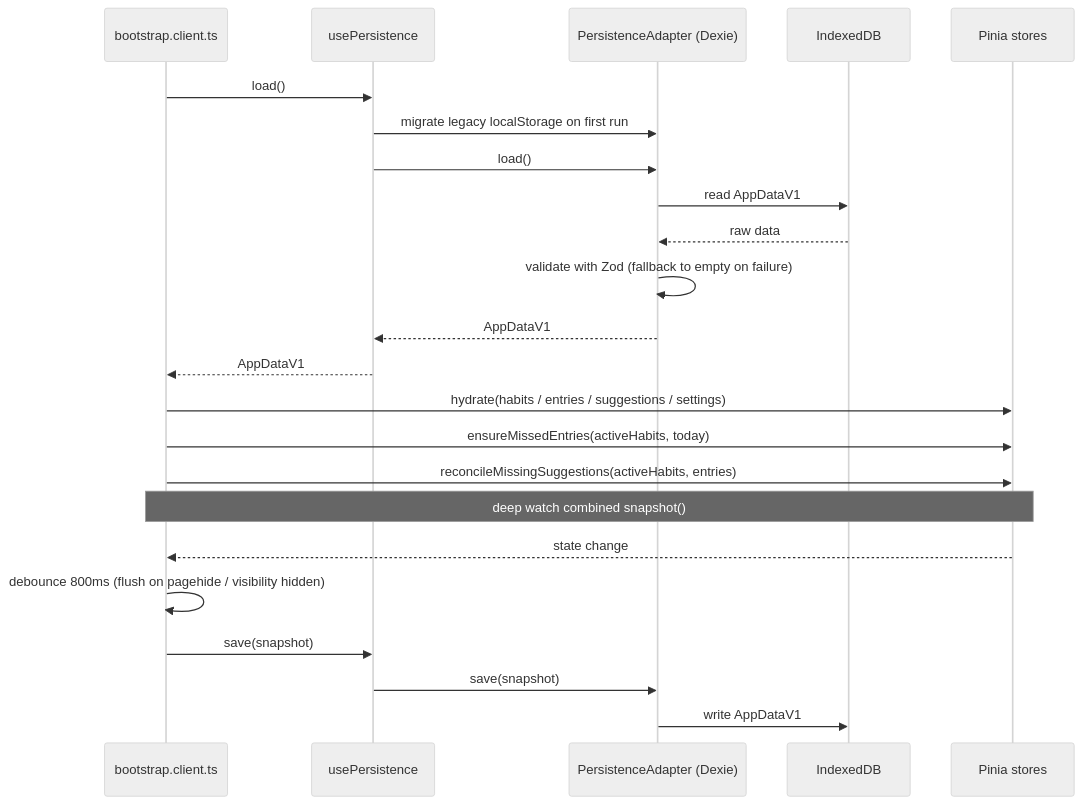
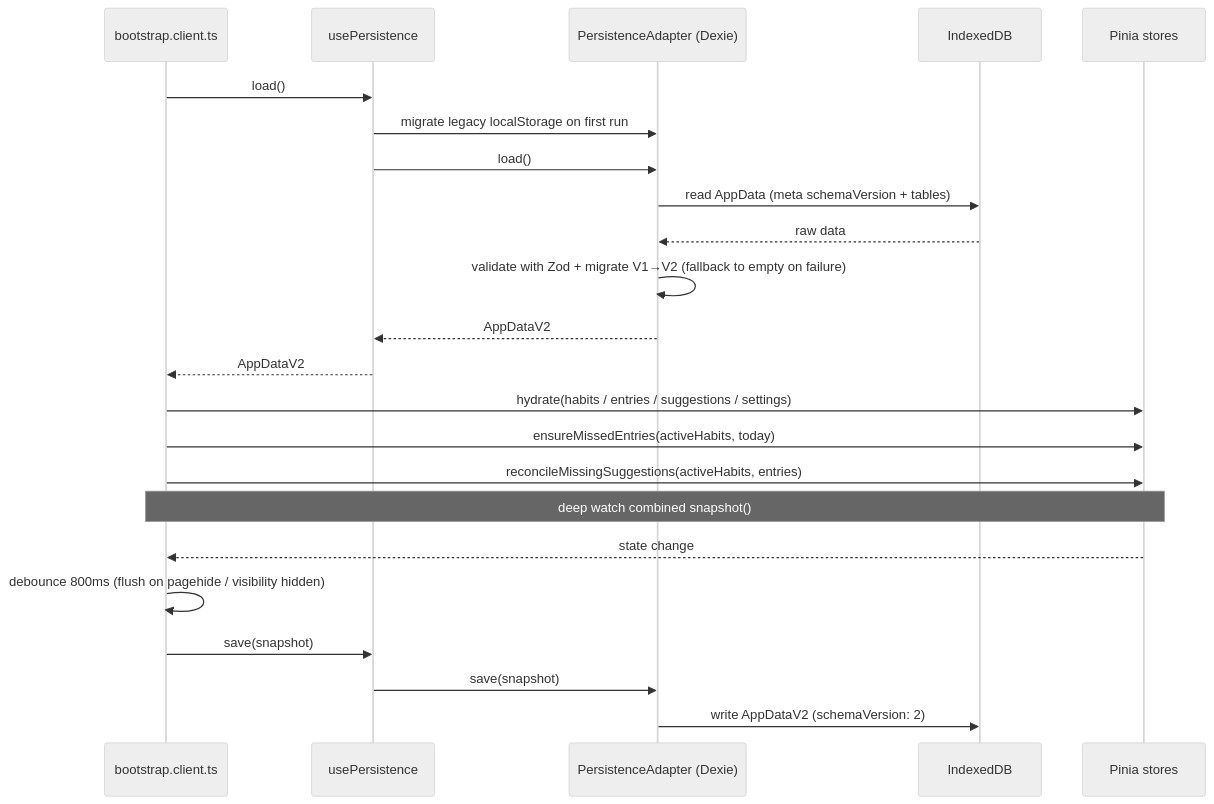
Before and after one commit to dinooo13/habit-tracker: the second of 3 diagrams in docs/architecture.md, drawn with Mermaid (neutral theme). The commit also changed other lines of this file and 21 other files, not shown here.

First line of the commit message:
Add tests, ADR-0010, and docs for pause ranges (AppDataV2)

````diff
--- a/docs/architecture.md
+++ b/docs/architecture.md
@@ -60,26 +60,26 @@
 ```mermaid
 sequenceDiagram
   participant Boot as bootstrap.client.ts
   participant P as usePersistence
   participant A as PersistenceAdapter (Dexie)
   participant DB as IndexedDB
   participant S as Pinia stores
 
   Boot->>P: load()
   P->>A: migrate legacy localStorage on first run
   P->>A: load()
-  A->>DB: read AppDataV1
+  A->>DB: read AppData (meta schemaVersion + tables)
   DB-->>A: raw data
-  A->>A: validate with Zod (fallback to empty on failure)
-  A-->>P: AppDataV1
-  P-->>Boot: AppDataV1
+  A->>A: validate with Zod + migrate V1→V2 (fallback to empty on failure)
+  A-->>P: AppDataV2
+  P-->>Boot: AppDataV2
   Boot->>S: hydrate(habits / entries / suggestions / settings)
   Boot->>S: ensureMissedEntries(activeHabits, today)
   Boot->>S: reconcileMissingSuggestions(activeHabits, entries)
   Note over Boot,S: deep watch combined snapshot()
   S-->>Boot: state change
   Boot->>Boot: debounce 800ms (flush on pagehide / visibility hidden)
   Boot->>P: save(snapshot)
   P->>A: save(snapshot)
-  A->>DB: write AppDataV1
+  A->>DB: write AppDataV2 (schemaVersion: 2)
 ```
````
